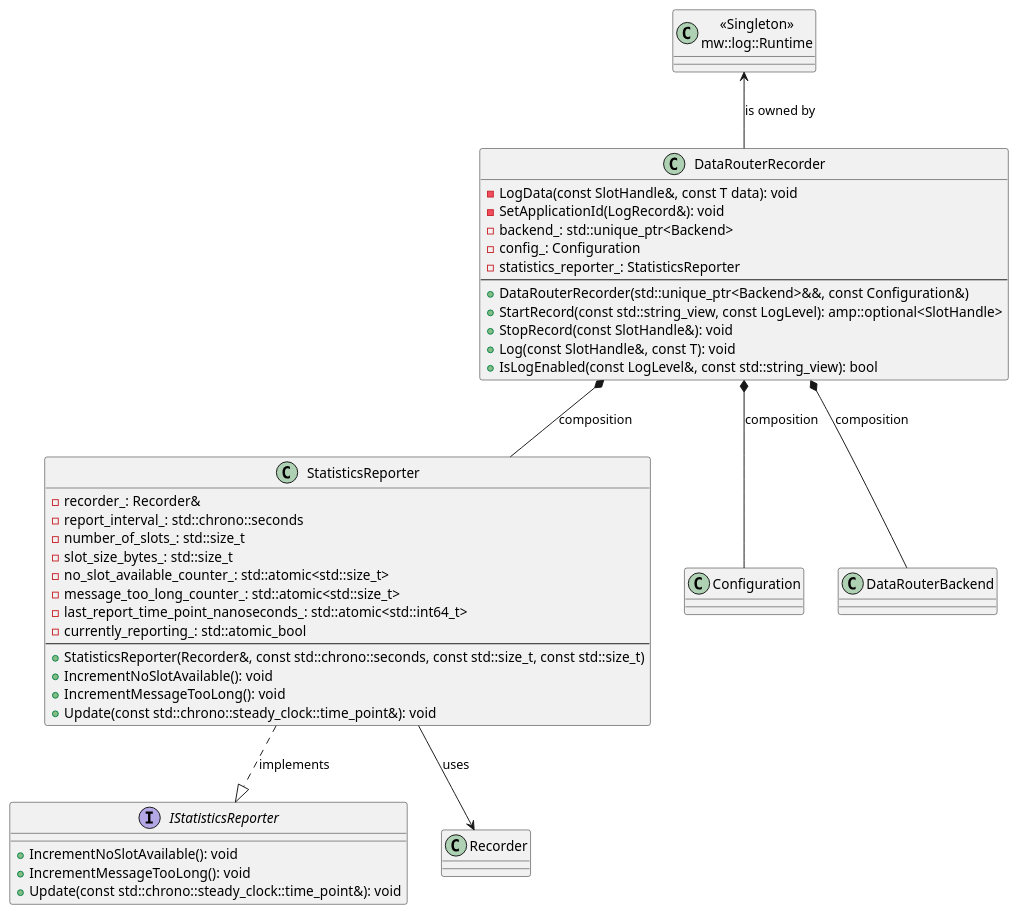
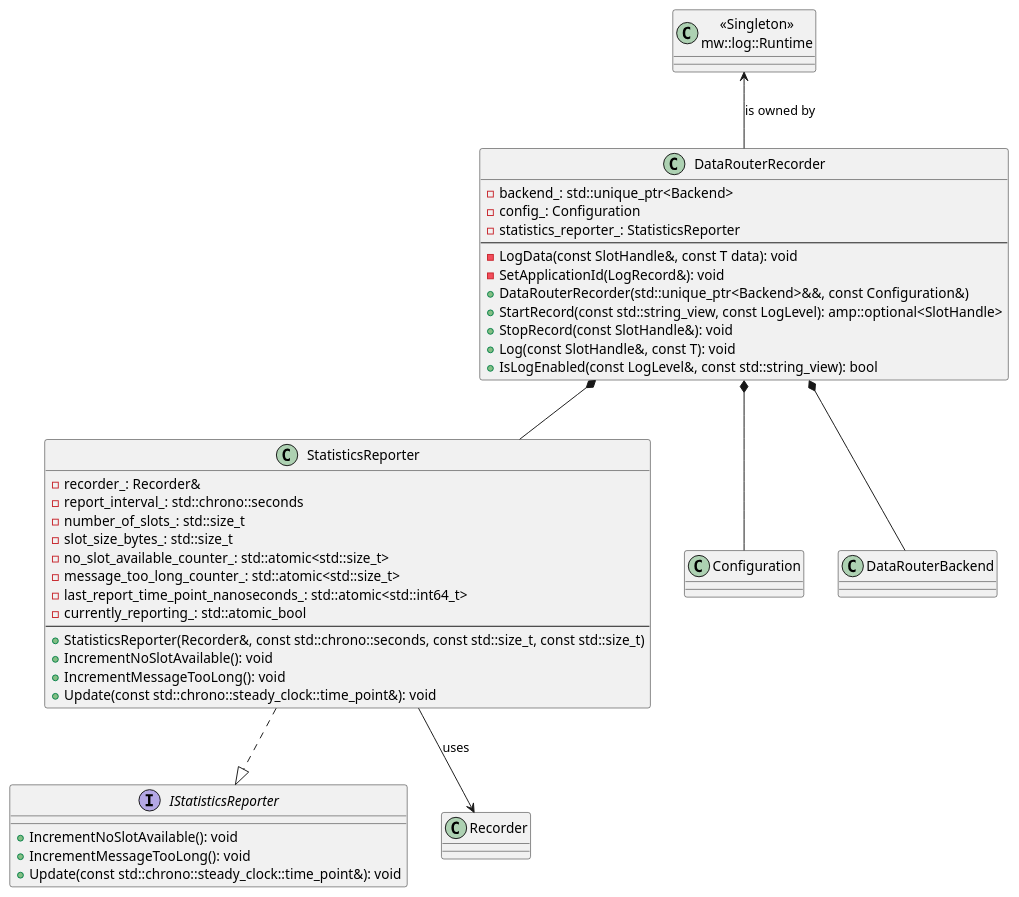
One commit to eclipse-score/inc_mw_log changed the diagram in design/mw_log_datarouter_recorder.puml. Above: the diagram before and after it, drawn with PlantUML. The commit also changed 3 other files, not shown here.

Commit message:
More diagrams

```diff
--- a/design/mw_log_datarouter_recorder.puml
+++ b/design/mw_log_datarouter_recorder.puml
@@ -1,59 +1,59 @@
 @startuml mw_log_datarouter_recorder
 
 class DataRouterRecorder {
-  - LogData(const SlotHandle&, const T data): void
-  - SetApplicationId(LogRecord&): void
   - backend_: std::unique_ptr<Backend>
   - config_: Configuration
   - statistics_reporter_: StatisticsReporter
   --
+  - LogData(const SlotHandle&, const T data): void
+  - SetApplicationId(LogRecord&): void
   + DataRouterRecorder(std::unique_ptr<Backend>&&, const Configuration&)
   + StartRecord(const std::string_view, const LogLevel): amp::optional<SlotHandle>
   + StopRecord(const SlotHandle&): void
   + Log(const SlotHandle&, const T): void
   + IsLogEnabled(const LogLevel&, const std::string_view): bool
 }
 
 class "<<Singleton>>\nmw::log::Runtime" as Runtime {
 }
 
 class StatisticsReporter {
   - recorder_: Recorder&
   - report_interval_: std::chrono::seconds
   - number_of_slots_: std::size_t
   - slot_size_bytes_: std::size_t
   - no_slot_available_counter_: std::atomic<std::size_t>
   - message_too_long_counter_: std::atomic<std::size_t>
   - last_report_time_point_nanoseconds_: std::atomic<std::int64_t>
   - currently_reporting_: std::atomic_bool
   --
   + StatisticsReporter(Recorder&, const std::chrono::seconds, const std::size_t, const std::size_t)
   + IncrementNoSlotAvailable(): void
   + IncrementMessageTooLong(): void
   + Update(const std::chrono::steady_clock::time_point&): void
 }
 
 interface IStatisticsReporter {
   + IncrementNoSlotAvailable(): void
   + IncrementMessageTooLong(): void
   + Update(const std::chrono::steady_clock::time_point&): void
 }
 
 class Configuration {
 }
 
 class DataRouterBackend {
 }
 
 class Recorder {
 }
 
 ' Relationships
 Runtime <-- DataRouterRecorder : "is owned by"
-DataRouterRecorder *-- StatisticsReporter : "composition"
-DataRouterRecorder *-- Configuration : "composition"
-DataRouterRecorder *-- DataRouterBackend : "composition"
-StatisticsReporter ..|> IStatisticsReporter : "implements"
+DataRouterRecorder *-- StatisticsReporter
+DataRouterRecorder *-- Configuration
+DataRouterRecorder *-- DataRouterBackend
+StatisticsReporter ..|> IStatisticsReporter
 StatisticsReporter --> Recorder : "uses"
 
 @enduml
```
